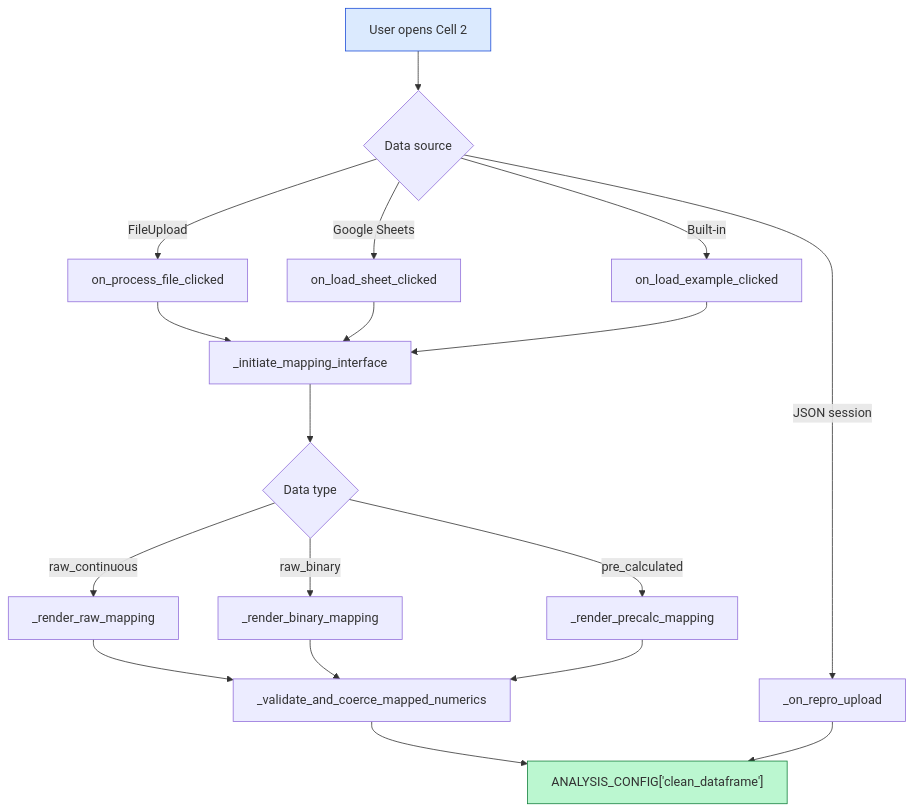
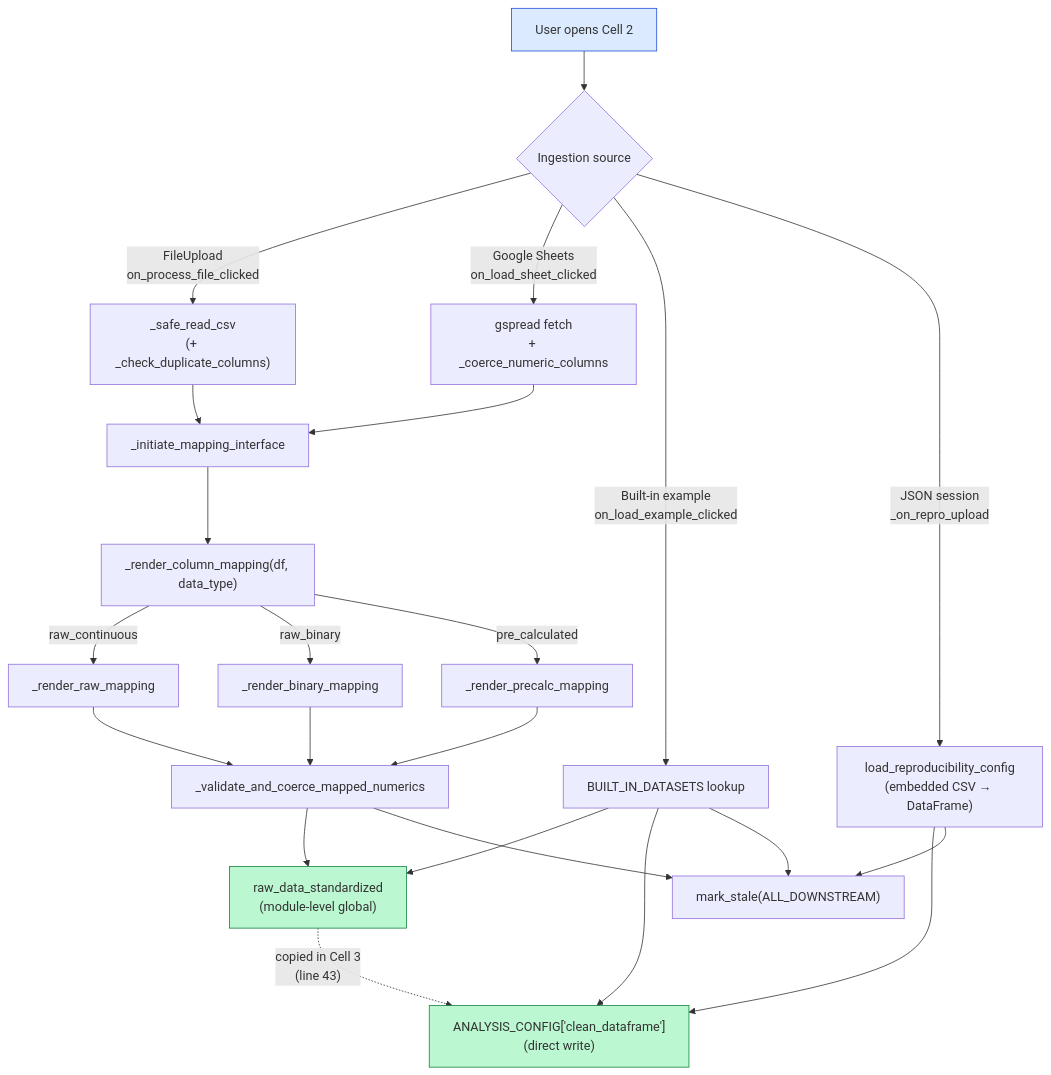
The second of 9 diagrams in docs/architecture_and_data_flow.md (ErickJLA/CoMeta), drawn with Mermaid before and after one commit. The commit also changed other lines of this file, not shown here.

Commit message:
Correct § 2.2 diagram and prose against actual Cell 2 flow
The diagram and surrounding prose contained four discrepancies with
the codebase. Audit findings and corrections:

1. on_load_example_clicked (built-in examples) does NOT route through
   _initiate_mapping_interface; it bypasses the mapper entirely and
   writes directly to ANALYSIS_CONFIG['clean_dataframe'] at line 1436.
2. _on_repro_upload (JSON session restore) hydrates clean_dataframe
   inside load_reproducibility_config, not after the diagram's
   convergence node.
3. The mapping renderers commit to the module-level global
   raw_data_standardized (Cell 2 lines 943 / 1044 / 1158), not
   ANALYSIS_CONFIG['clean_dataframe']. The clean_dataframe key is
   set one cell later, in Cell 3 (line 43).
4. _check_duplicate_columns is called at ingest time inside
   _safe_read_csv and on_process_file_clicked, not inside the
   renderers. _coerce_numeric_columns is invoked at ingest time
   inside on_load_sheet_clicked.

Redraw the flowchart with the actual fan-in/fan-out (with the
Cell-3 copy edge shown as a dashed transition) and rewrite the
validation paragraph to reflect ingest-time vs renderer-time checks.

````diff
--- a/docs/architecture_and_data_flow.md
+++ b/docs/architecture_and_data_flow.md
@@ -104,22 +110,29 @@
 ```mermaid
 flowchart TD
-    A["User opens Cell 2"]:::u --> B{"Data source"}
-    B -->|FileUpload| C["on_process_file_clicked"]
-    B -->|Google Sheets| D["on_load_sheet_clicked"]
-    B -->|JSON session| E["_on_repro_upload"]
-    B -->|Built-in| F["on_load_example_clicked"]
-    C --> G["_initiate_mapping_interface"]
-    D --> G
-    F --> G
-    G --> H{"Data type"}
+    A["User opens Cell 2"]:::u --> B{"Ingestion source"}
+    B -->|FileUpload<br/>on_process_file_clicked| C1["_safe_read_csv<br/>(+ _check_duplicate_columns)"]
+    B -->|Google Sheets<br/>on_load_sheet_clicked| D1["gspread fetch<br/>+ _coerce_numeric_columns"]
+    B -->|Built-in example<br/>on_load_example_clicked| F1["BUILT_IN_DATASETS lookup"]
+    B -->|JSON session<br/>_on_repro_upload| E1["load_reproducibility_config<br/>(embedded CSV → DataFrame)"]
+
+    C1 --> G["_initiate_mapping_interface"]
+    D1 --> G
+    G --> H["_render_column_mapping(df, data_type)"]
     H -->|raw_continuous| I["_render_raw_mapping"]
     H -->|raw_binary| J["_render_binary_mapping"]
     H -->|pre_calculated| K["_render_precalc_mapping"]
     I --> V["_validate_and_coerce_mapped_numerics"]
     J --> V
     K --> V
-    V --> W["ANALYSIS_CONFIG['clean_dataframe']"]:::s
-    E --> W
+    V --> RD["raw_data_standardized<br/>(module-level global)"]:::s
+    F1 --> RD
+    F1 --> CD["ANALYSIS_CONFIG['clean_dataframe']<br/>(direct write)"]:::s
+    E1 --> CD
+    RD -.->|"copied in Cell 3<br/>(line 43)"| CD
+    V --> MS["mark_stale(ALL_DOWNSTREAM)"]
+    F1 --> MS
+    E1 --> MS
+
     classDef u fill:#dbeafe,stroke:#1d4ed8
     classDef s fill:#bbf7d0,stroke:#15803d
 ```
````
